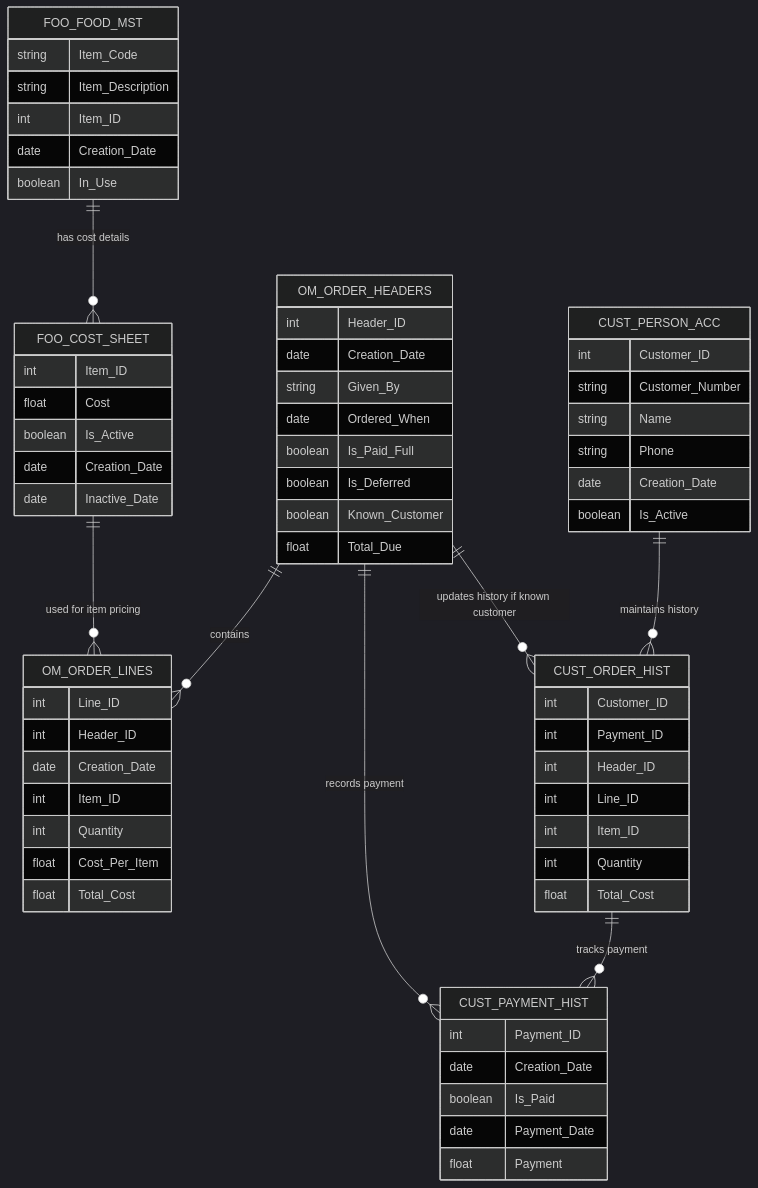
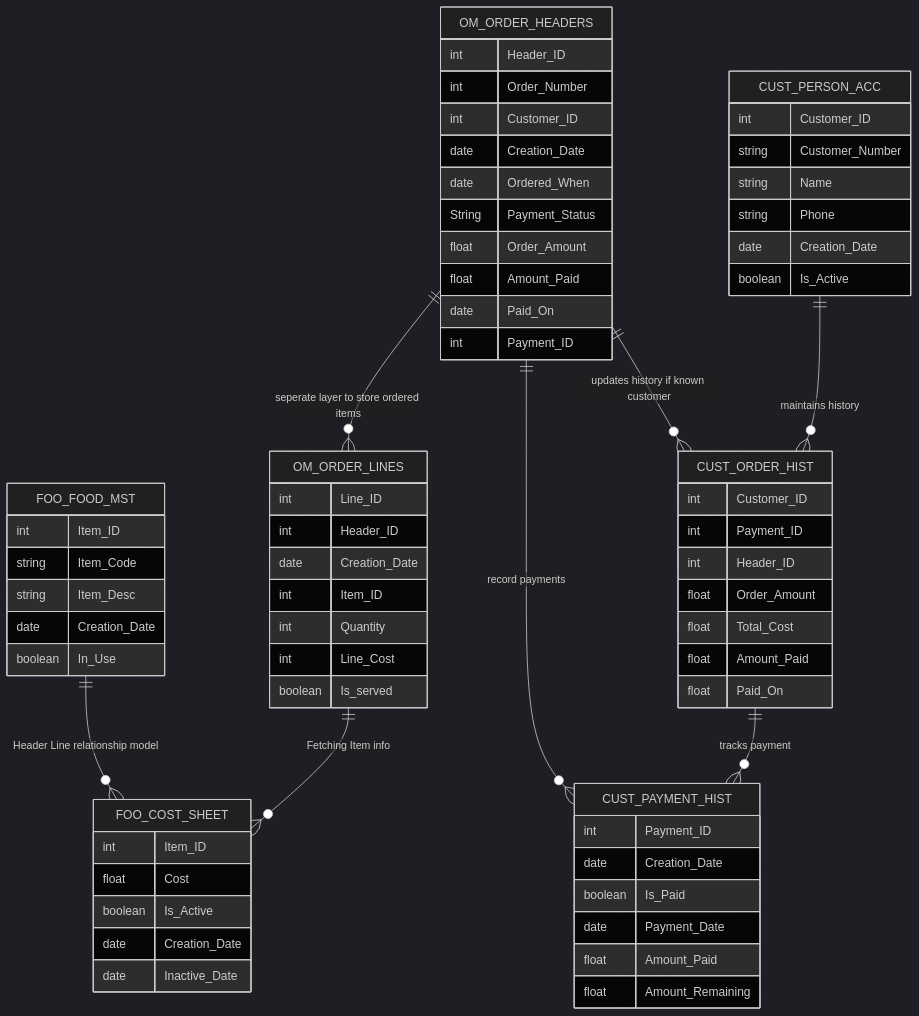
The second of 2 diagrams in README.md (bleak-alpha/annapurna), drawn with Mermaid (dark theme) before and after one commit.

```diff
--- a/README.md
+++ b/README.md
@@ -42,9 +42,9 @@
 erDiagram
 
     FOO_FOOD_MST {
+        int Item_ID
         string Item_Code
-        string Item_Description
-        int Item_ID
+        string Item_Desc 
         date Creation_Date
         boolean In_Use
     }
@@ -59,13 +59,15 @@
 
     OM_ORDER_HEADERS {
         int Header_ID
+        int Order_Number
+        int Customer_ID
         date Creation_Date
-        string Given_By
         date Ordered_When
-        boolean Is_Paid_Full
-        boolean Is_Deferred
-        boolean Known_Customer
-        float Total_Due
+        String Payment_Status
+        float Order_Amount
+        float Amount_Paid
+        date Paid_On
+        int Payment_ID
     }
 
     OM_ORDER_LINES {
@@ -74,8 +76,8 @@
         date Creation_Date
         int Item_ID
         int Quantity
-        float Cost_Per_Item
-        float Total_Cost
+        int Line_Cost
+        boolean Is_served
     }
 
     CUST_PERSON_ACC {
@@ -91,10 +93,10 @@
         int Customer_ID
         int Payment_ID
         int Header_ID
-        int Line_ID
-        int Item_ID
-        int Quantity
+        float Order_Amount
         float Total_Cost
+        float Amount_Paid
+        float Paid_On
     }
 
     CUST_PAYMENT_HIST {
@@ -102,16 +104,17 @@
         date Creation_Date
         boolean Is_Paid
         date Payment_Date
-        float Payment
+        float Amount_Paid
+        float Amount_Remaining
     }
 
     %% Relationships
 
-    FOO_FOOD_MST ||--o{ FOO_COST_SHEET : "has cost details"
-    FOO_COST_SHEET ||--o{ OM_ORDER_LINES : "used for item pricing"
+    FOO_FOOD_MST ||--o{ FOO_COST_SHEET : "Header Line relationship model"
+    OM_ORDER_LINES ||--o{ FOO_COST_SHEET : "Fetching Item info"
 
-    OM_ORDER_HEADERS ||--o{ OM_ORDER_LINES : "contains"
-    OM_ORDER_HEADERS ||--o{ CUST_PAYMENT_HIST : "records payment"
+    OM_ORDER_HEADERS ||--o{ OM_ORDER_LINES : "seperate layer to store ordered items"
+    OM_ORDER_HEADERS ||--o{ CUST_PAYMENT_HIST : "record payments"
 
     CUST_PERSON_ACC ||--o{ CUST_ORDER_HIST : "maintains history"
     CUST_ORDER_HIST ||--o{ CUST_PAYMENT_HIST : "tracks payment"
```
